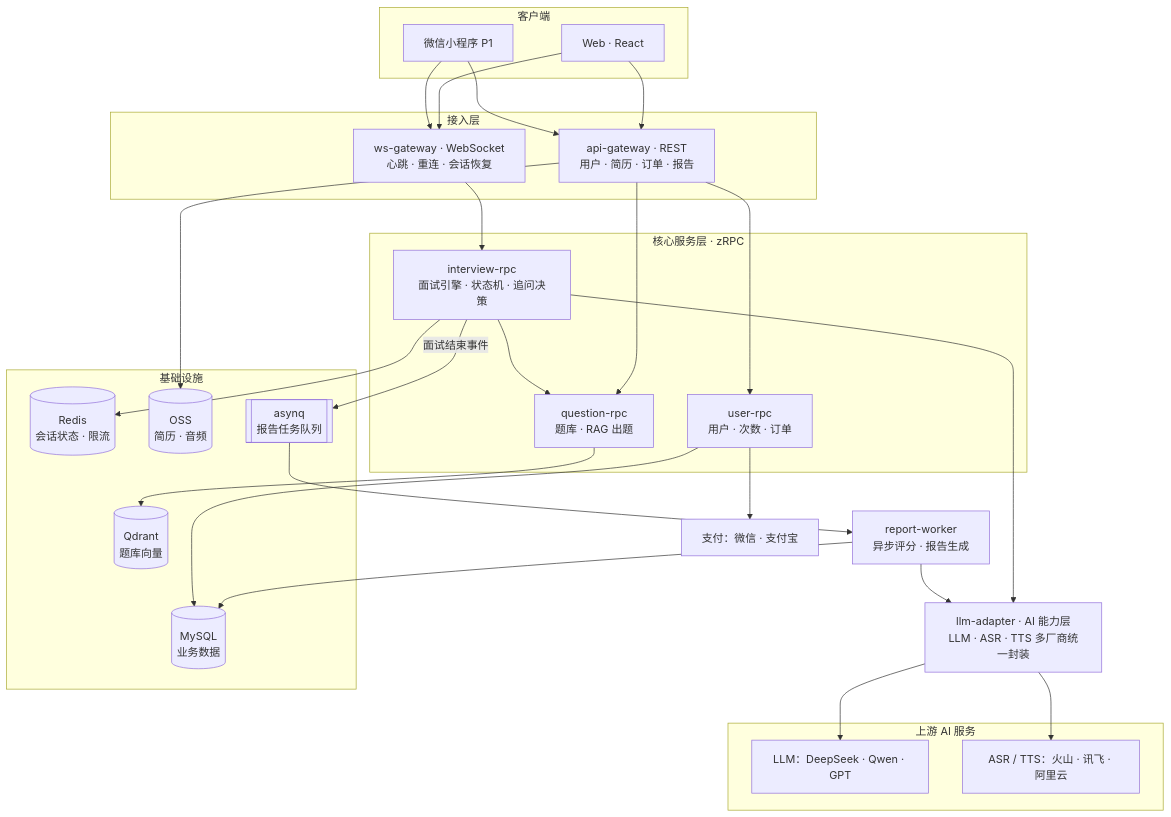
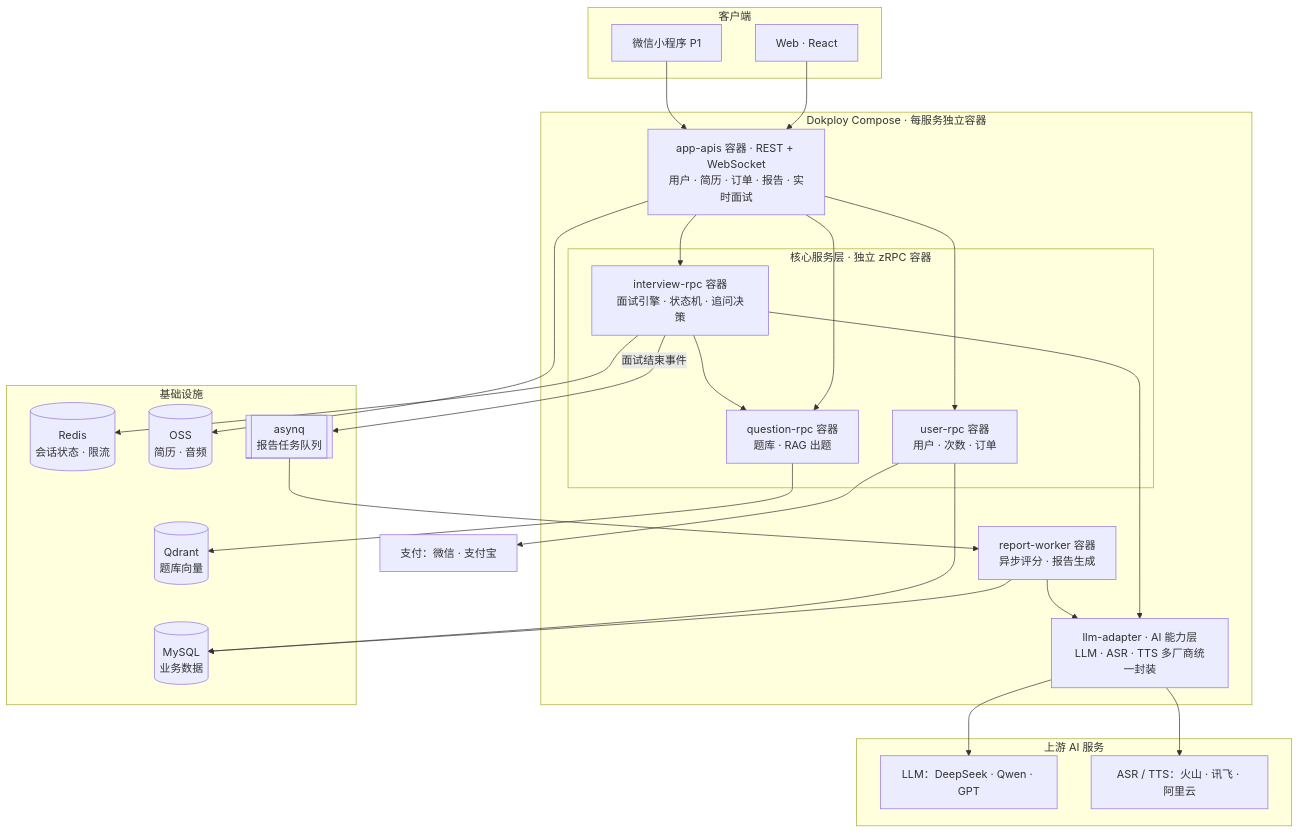
The first of 3 diagrams in docs/技术方案.md (rotbit/whetstone), drawn with Mermaid before and after one commit. The commit also changed other lines of this file and 100 other files, not shown here.

````diff
--- a/docs/技术方案.md
+++ b/docs/技术方案.md
@@ -70,57 +70,54 @@
 ```mermaid
 graph TB
     subgraph CLI[客户端]
         W1[Web · React]
         W2[微信小程序 P1]
     end
 
-    subgraph ACC[接入层]
-        API[api-gateway · REST<br/>用户 · 简历 · 订单 · 报告]
-        WS[ws-gateway · WebSocket<br/>心跳 · 重连 · 会话恢复]
+    subgraph RUNTIME[Dokploy Compose · 每服务独立容器]
+        APP[app-apis 容器 · REST + WebSocket<br/>用户 · 简历 · 订单 · 报告 · 实时面试]
+
+        subgraph CORE[核心服务层 · 独立 zRPC 容器]
+            ENG[interview-rpc 容器<br/>面试引擎 · 状态机 · 追问决策]
+            QUE[question-rpc 容器<br/>题库 · RAG 出题]
+            USR[user-rpc 容器<br/>用户 · 次数 · 订单]
+        end
+
+        ADP[llm-adapter · AI 能力层<br/>LLM · ASR · TTS 多厂商统一封装]
+        RPT[report-worker 容器<br/>异步评分 · 报告生成]
     end
-
-    subgraph CORE[核心服务层 · zRPC]
-        ENG[interview-rpc<br/>面试引擎 · 状态机 · 追问决策]
-        QUE[question-rpc<br/>题库 · RAG 出题]
-        USR[user-rpc<br/>用户 · 次数 · 订单]
-    end
-
-    ADP[llm-adapter · AI 能力层<br/>LLM · ASR · TTS 多厂商统一封装]
-    RPT[report-worker<br/>异步评分 · 报告生成]
 
     subgraph INFRA[基础设施]
         MYSQL[(MySQL<br/>业务数据)]
         REDIS[(Redis<br/>会话状态 · 限流)]
         VDB[(Qdrant<br/>题库向量)]
         OSS[(OSS<br/>简历 · 音频)]
         MQ[[asynq<br/>报告任务队列]]
     end
 
     subgraph UP[上游 AI 服务]
         LLM[LLM：DeepSeek · Qwen · GPT]
         AST[ASR / TTS：火山 · 讯飞 · 阿里云]
     end
 
     PAY[支付：微信 · 支付宝]
 
-    W1 --> API
-    W2 --> API
-    W1 --> WS
-    W2 --> WS
-    API --> USR
-    API --> QUE
-    API --> OSS
-    WS --> ENG
+    W1 --> APP
+    W2 --> APP
+    APP --> USR
+    APP --> QUE
+    APP --> OSS
+    APP --> ENG
     ENG --> QUE
     ENG --> ADP
     ENG --> REDIS
     QUE --> VDB
     ADP --> LLM
     ADP --> AST
     ENG -- 面试结束事件 --> MQ
     MQ --> RPT
     RPT --> ADP
     RPT --> MYSQL
     USR --> MYSQL
     USR --> PAY
 ```
````
